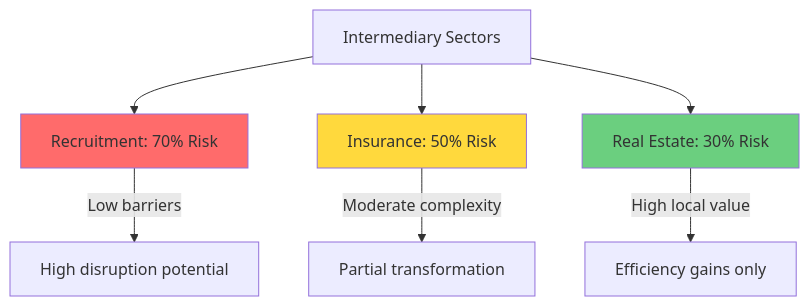
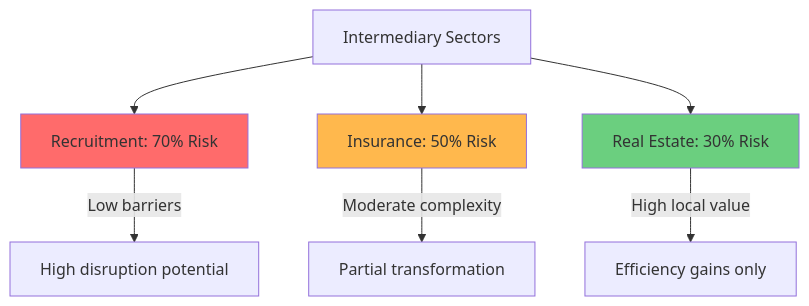
Diagram 17 of 22 in Industry/Blockchain/Blockchain/ValueChain/QA_ClaudeOpus.md (ljg-cqu/knowledge), drawn with Mermaid before and after one commit. The commit also changed other lines of this file and 6 other files, not shown here.

````diff
--- a/Industry/Blockchain/Blockchain/ValueChain/QA_ClaudeOpus.md
+++ b/Industry/Blockchain/Blockchain/ValueChain/QA_ClaudeOpus.md
@@ -1681,14 +1681,14 @@
 ```mermaid
 graph TD
     A[Intermediary Sectors] --> B[Recruitment: 70% Risk]
     A --> C[Insurance: 50% Risk]
     A --> D[Real Estate: 30% Risk]
     
     B -->|Low barriers| E[High disruption potential]
     C -->|Moderate complexity| F[Partial transformation]
     D -->|High local value| G[Efficiency gains only]
     
     style B fill:#ff6b6b
-    style C fill:#ffd93d
+    style C fill:#FFB84D
     style D fill:#6bcf7f
 ```
````
